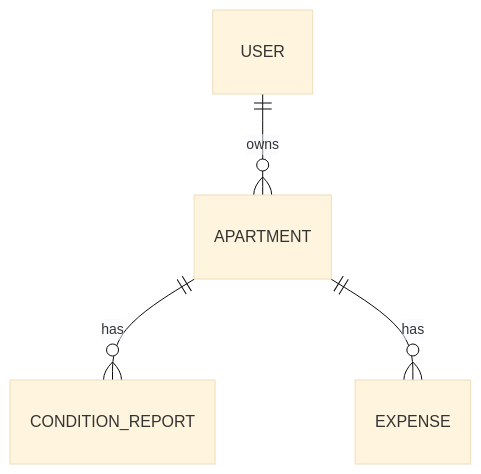
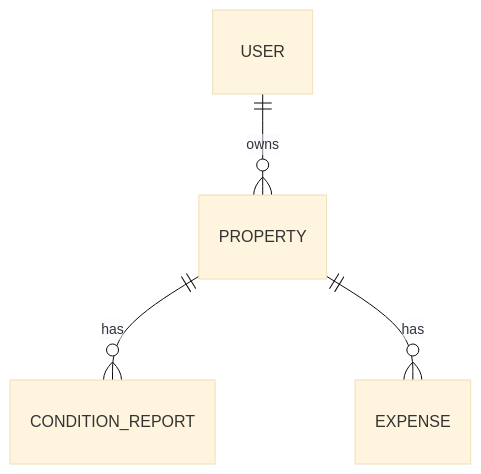
The second of 2 diagrams in docs/architecture.md (ElizabethGreeff/wdd430-team-project), drawn with Mermaid (base theme) before and after one commit. The commit also changed other lines of this file and 1 other file, not shown here.

Commit message:
Rename Apartment to Property to match PR #12

````diff
--- a/docs/architecture.md
+++ b/docs/architecture.md
@@ -74,6 +74,6 @@
 ```mermaid
 erDiagram
-  USER ||--o{ APARTMENT : owns
-  APARTMENT ||--o{ CONDITION_REPORT : has
-  APARTMENT ||--o{ EXPENSE : has
+  USER ||--o{ PROPERTY : owns
+  PROPERTY ||--o{ CONDITION_REPORT : has
+  PROPERTY ||--o{ EXPENSE : has
 ```
````
